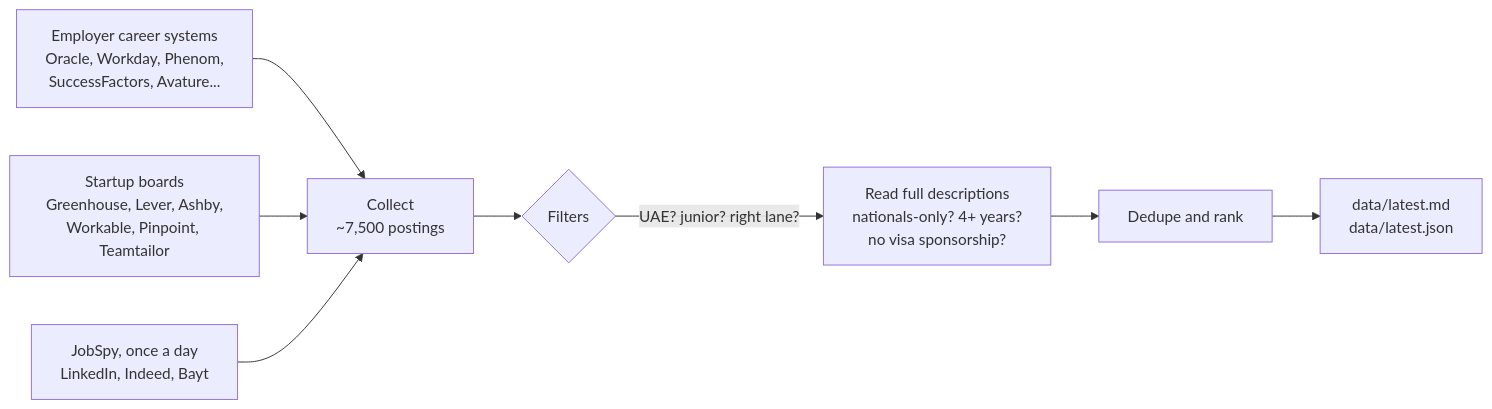
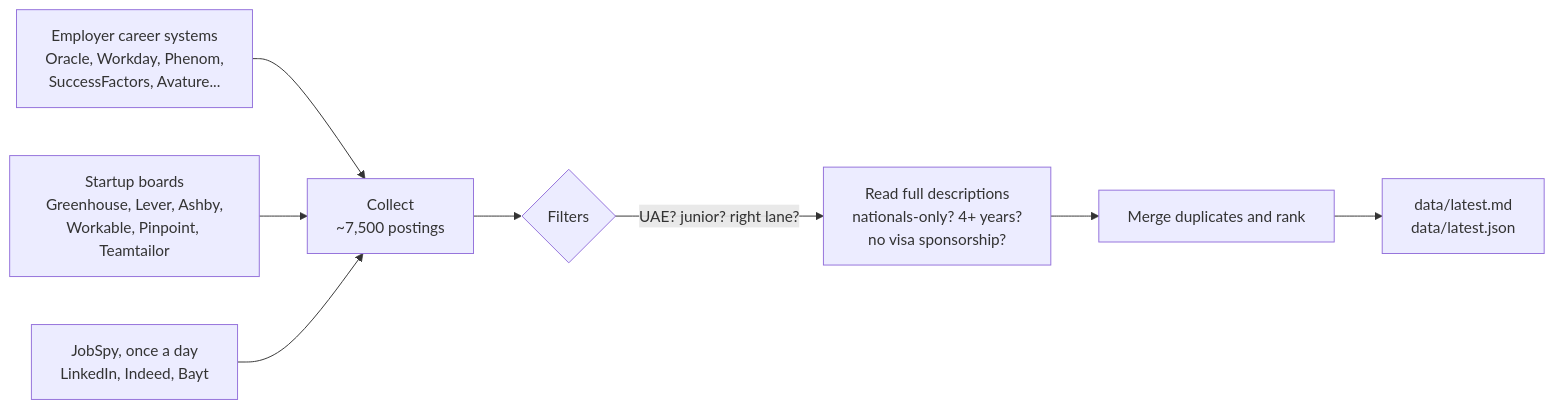
Before and after one commit to Skapos-crypto/uae-job-engine: the diagram in README.md, drawn with Mermaid. The commit also changed other lines of this file and 6 other files, not shown here.

````diff
--- a/README.md
+++ b/README.md
@@ -44,10 +49,10 @@
 ```mermaid
 flowchart LR
     A[Employer career systems<br/>Oracle, Workday, Phenom,<br/>SuccessFactors, Avature...] --> C
     B[Startup boards<br/>Greenhouse, Lever, Ashby,<br/>Workable, Pinpoint, Teamtailor] --> C
     J[JobSpy, once a day<br/>LinkedIn, Indeed, Bayt] --> C
     C[Collect<br/>~7,500 postings] --> F{Filters}
     F -->|UAE? junior? right lane?| D[Read full descriptions<br/>nationals-only? 4+ years?<br/>no visa sponsorship?]
-    D --> R[Dedupe and rank]
+    D --> R[Merge duplicates and rank]
     R --> O[data/latest.md<br/>data/latest.json]
 ```
````
